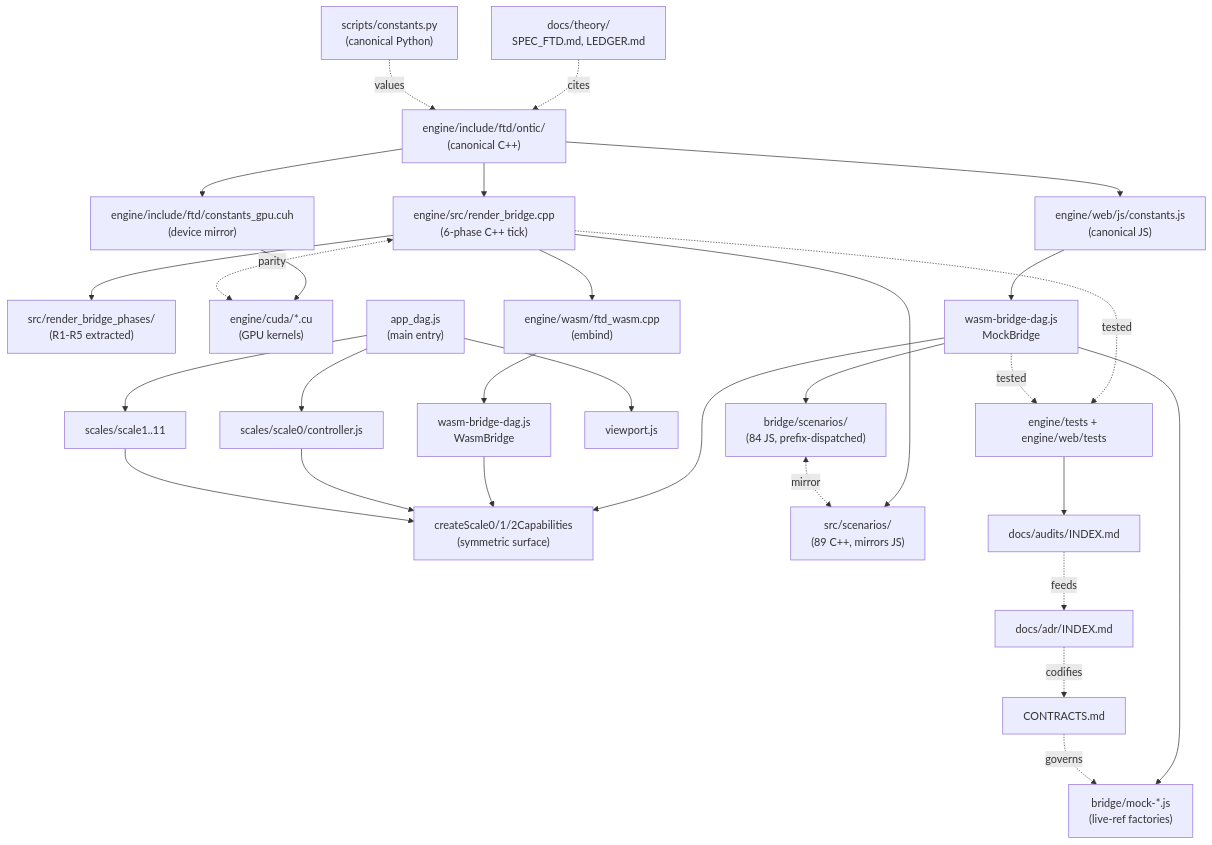
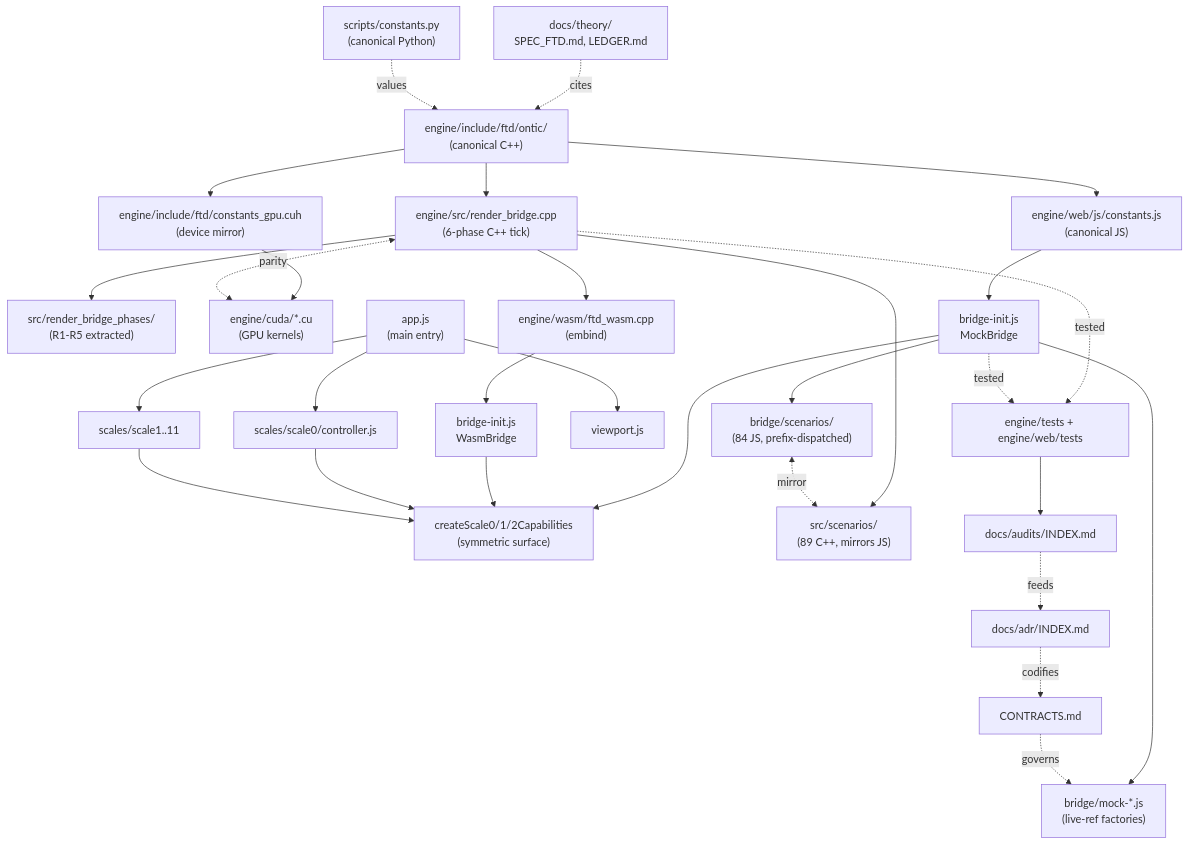
One commit to cpaci-tani/Foundational-Ternary-Dynamics changed the diagram in META_PROJECT_ATLAS.md. Above: the diagram before and after it, drawn with Mermaid. The commit also changed other lines of this file and 138 other files, not shown here.

````diff
--- a/META_PROJECT_ATLAS.md
+++ b/META_PROJECT_ATLAS.md
@@ -202,65 +202,65 @@
 ```mermaid
 graph TD
     Theory["docs/theory/<br/>SPEC_FTD.md, LEDGER.md"]
     PyConst["scripts/constants.py<br/>(canonical Python)"]
     Ontic["engine/include/ftd/ontic/<br/>(canonical C++)"]
     JSConst["engine/web/js/constants.js<br/>(canonical JS)"]
     GpuConst["engine/include/ftd/constants_gpu.cuh<br/>(device mirror)"]
 
     Theory -.cites.-> Ontic
     PyConst -.values.-> Ontic
     Ontic --> JSConst
     Ontic --> GpuConst
 
     RB["engine/src/render_bridge.cpp<br/>(6-phase C++ tick)"]
     RBPhases["src/render_bridge_phases/<br/>(R1-R5 extracted)"]
     Cuda["engine/cuda/*.cu<br/>(GPU kernels)"]
     Wasm["engine/wasm/ftd_wasm.cpp<br/>(embind)"]
 
     Ontic --> RB
     GpuConst --> Cuda
     RB --> RBPhases
     RB <-.parity.-> Cuda
     RB --> Wasm
 
-    MockBridge["wasm-bridge-dag.js<br/>MockBridge"]
-    WasmBridge["wasm-bridge-dag.js<br/>WasmBridge"]
+    MockBridge["bridge-init.js<br/>MockBridge"]
+    WasmBridge["bridge-init.js<br/>WasmBridge"]
     BridgeHelpers["bridge/mock-*.js<br/>(live-ref factories)"]
     Capabilities["createScale0/1/2Capabilities<br/>(symmetric surface)"]
 
     JSConst --> MockBridge
     Wasm --> WasmBridge
     MockBridge --> BridgeHelpers
     MockBridge --> Capabilities
     WasmBridge --> Capabilities
 
-    AppDag["app_dag.js<br/>(main entry)"]
+    AppDag["app.js<br/>(main entry)"]
     Scale0["scales/scale0/controller.js"]
     OtherScales["scales/scale1..11"]
     Viewport["viewport.js"]
 
     AppDag --> Scale0
     AppDag --> OtherScales
     AppDag --> Viewport
     Scale0 --> Capabilities
     OtherScales --> Capabilities
 
     Scenarios["bridge/scenarios/<br/>(84 JS, prefix-dispatched)"]
     SceneCpp["src/scenarios/<br/>(89 C++, mirrors JS)"]
 
     MockBridge --> Scenarios
     RB --> SceneCpp
     Scenarios <-.mirror.-> SceneCpp
 
     Tests["engine/tests + engine/web/tests"]
     AuditLedger["docs/audits/INDEX.md"]
     ADR["docs/adr/INDEX.md"]
     Contracts["CONTRACTS.md"]
 
     RB -.tested.-> Tests
     MockBridge -.tested.-> Tests
     Tests --> AuditLedger
     AuditLedger -.feeds.-> ADR
     ADR -.codifies.-> Contracts
     Contracts -.governs.-> BridgeHelpers
 ```
````
